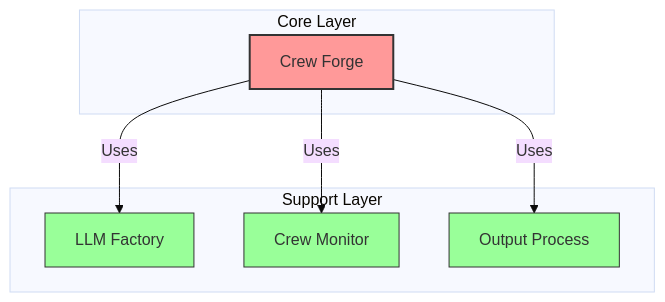
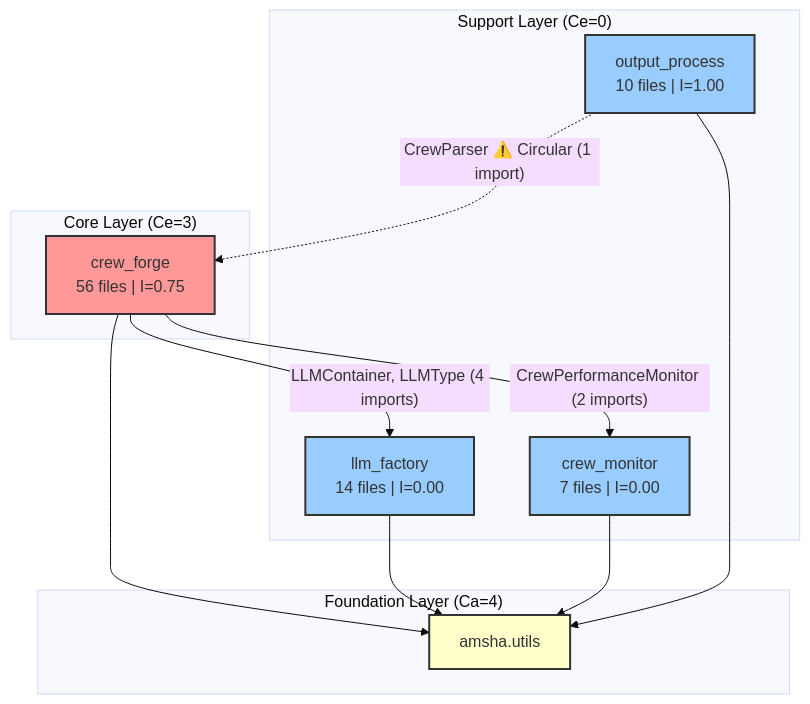
One commit to NikhilVijayakumar/Amsha changed the diagram in docs/paper/drafts/FINAL_JOURNAL_REPORT.md. Above: the diagram before and after it, drawn with Mermaid. The commit also changed other lines of this file and 24 other files, not shown here.

````diff
--- a/docs/paper/drafts/FINAL_JOURNAL_REPORT.md
+++ b/docs/paper/drafts/FINAL_JOURNAL_REPORT.md
@@ -39,23 +55,30 @@
 ```mermaid
----
-config:
-  theme: base
----
+%%{init: {'theme': 'base'}}%%
 flowchart TD
     classDef core fill:#ff9999,stroke:#333,stroke-width:2px;
-    classDef support fill:#99ff99,stroke:#333,stroke-width:1px;
-    
-    subgraph Core Layer
-        Forge[Crew Forge]:::core
+    classDef support fill:#99ccff,stroke:#333,stroke-width:2px;
+    classDef shared fill:#ffffcc,stroke:#333,stroke-width:2px;
+
+    subgraph "Core Layer (Ce=3)"
+        CF["crew_forge<br/>56 files | I=0.75"]:::core
     end
-    
-    subgraph Support Layer
-        LLM[LLM Factory]:::support
-        Monitor[Crew Monitor]:::support
-        Output[Output Process]:::support
+
+    subgraph "Support Layer (Ce=0)"
+        LLM["llm_factory<br/>14 files | I=0.00"]:::support
+        MON["crew_monitor<br/>7 files | I=0.00"]:::support
+        OUT["output_process<br/>10 files | I=1.00"]:::support
     end
-    
-    Forge -->|Uses| LLM
-    Forge -->|Uses| Monitor
-    Forge -->|Uses| Output
+
+    subgraph "Foundation Layer (Ca=4)"
+        Utils["amsha.utils"]:::shared
+    end
+
+    CF -->|"LLMContainer, LLMType (4 imports)"| LLM
+    CF -->|"CrewPerformanceMonitor (2 imports)"| MON
+    OUT -.->|"CrewParser ⚠️ Circular (1 import)"| CF
+
+    CF --> Utils
+    LLM --> Utils
+    MON --> Utils
+    OUT --> Utils
 ```
````
